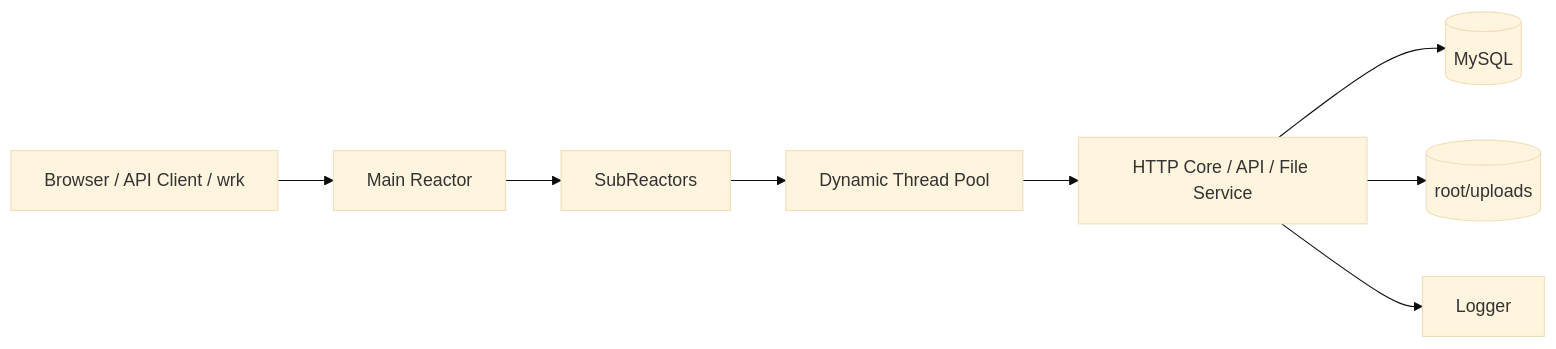
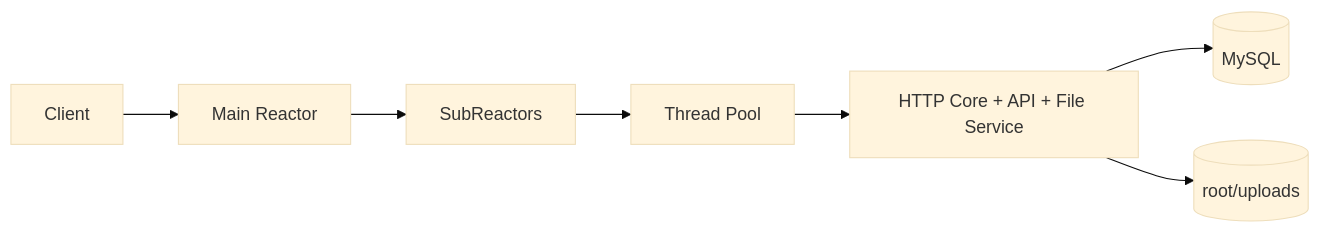
One commit to wjg12345678/High-performance-gateway changed the first of 4 diagrams in README.md. Above: the diagram before and after it, drawn with Mermaid (base theme). The commit also changed other lines of this file, not shown here.

````diff
--- a/README.md
+++ b/README.md
@@ -60,19 +35,14 @@
 ```mermaid
 flowchart LR
-    Client[Browser / API Client / wrk]
+    Client[Client]
     Main[Main Reactor]
     Sub[SubReactors]
-    Pool[Dynamic Thread Pool]
-    HTTP[HTTP Core / API / File Service]
+    Pool[Thread Pool]
+    App[HTTP Core + API + File Service]
     DB[(MySQL)]
     FS[(root/uploads)]
-    Log[Logger]
 
-    Client --> Main
-    Main --> Sub
-    Sub --> Pool
-    Pool --> HTTP
-    HTTP --> DB
-    HTTP --> FS
-    HTTP --> Log
+    Client --> Main --> Sub --> Pool --> App
+    App --> DB
+    App --> FS
 ```
````
